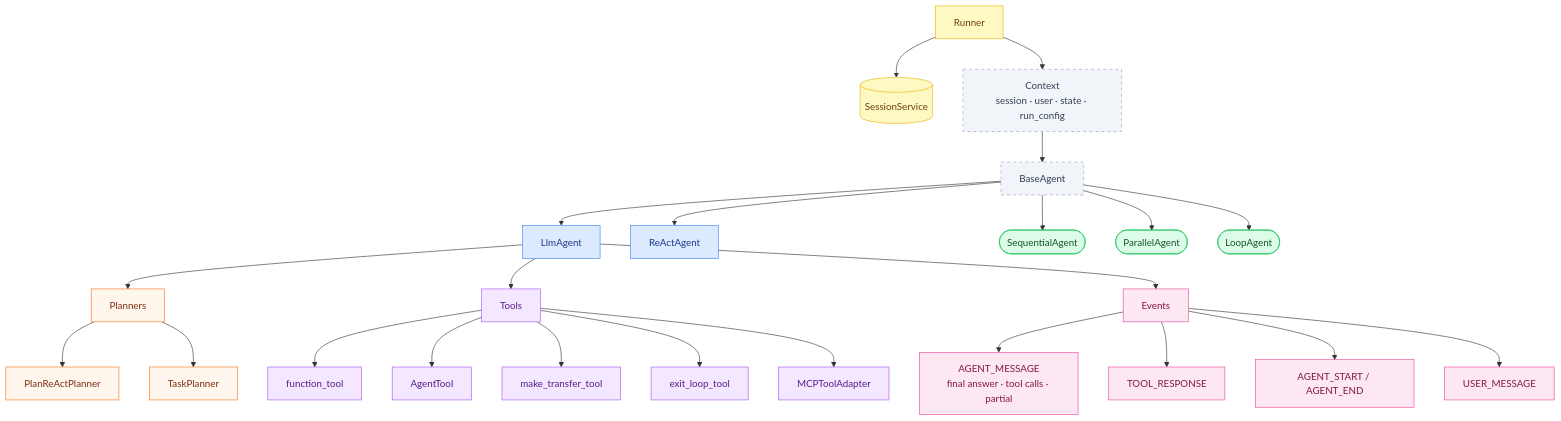
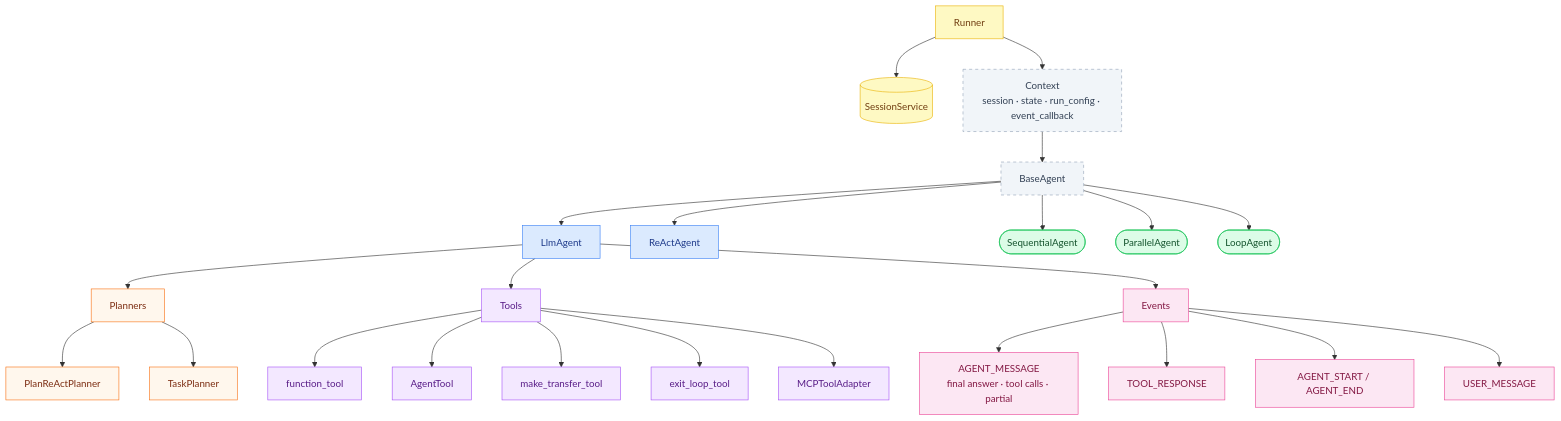
Before and after one commit to NicolaiLassen/orxhestra: the ninth of 10 diagrams in README.md, drawn with Mermaid. The commit also changed other lines of this file and 6 other files, not shown here.

````diff
--- a/README.md
+++ b/README.md
@@ -1222,37 +1262,37 @@
 ```mermaid
 flowchart TD
     classDef base fill:#f1f5f9,stroke:#94a3b8,stroke-dasharray:5 5,color:#334155
     classDef llm fill:#dbeafe,stroke:#3b82f6,color:#1e3a8a
     classDef composite fill:#dcfce7,stroke:#22c55e,color:#14532d
     classDef tool fill:#f3e8ff,stroke:#a855f7,color:#581c87
     classDef planner fill:#fff7ed,stroke:#f97316,color:#7c2d12
     classDef infra fill:#fef9c3,stroke:#eab308,color:#713f12
     classDef event fill:#fce7f3,stroke:#ec4899,color:#831843
 
     Runner:::infra --> Session[(SessionService)]:::infra
-    Runner --> Ctx[Context\nsession · user · state · run_config]:::base
+    Runner --> Ctx[Context\nsession · state · run_config · event_callback]:::base
     Ctx --> BaseAgent:::base
 
     BaseAgent --> LlmAgent:::llm
     BaseAgent --> ReActAgent:::llm
     BaseAgent --> Sequential([SequentialAgent]):::composite
     BaseAgent --> Parallel([ParallelAgent]):::composite
     BaseAgent --> Loop([LoopAgent]):::composite
 
     LlmAgent --> Planners:::planner
     Planners --> PRA[PlanReActPlanner]:::planner
     Planners --> TP[TaskPlanner]:::planner
 
     LlmAgent --> Tools:::tool
     Tools --> FT[function_tool]:::tool
     Tools --> AT[AgentTool]:::tool
     Tools --> TF[make_transfer_tool]:::tool
     Tools --> EL[exit_loop_tool]:::tool
     Tools --> MCP[MCPToolAdapter]:::tool
 
     LlmAgent --> Events:::event
     Events --> AM[AGENT_MESSAGE\nfinal answer · tool calls · partial]:::event
     Events --> TR[TOOL_RESPONSE]:::event
     Events --> AS[AGENT_START / AGENT_END]:::event
     Events --> UM[USER_MESSAGE]:::event
 ```
````
